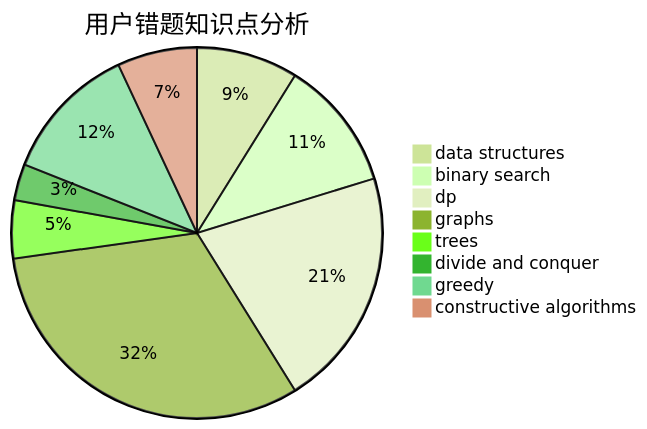
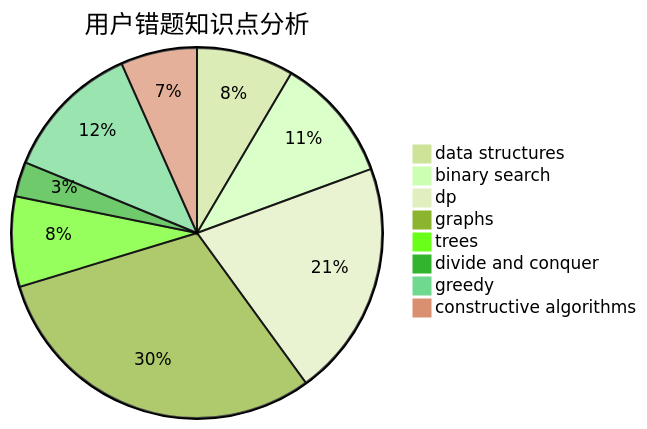
The third of 3 diagrams in docs/user/u873.md (sherpahu/cfrs.github.io), drawn with Mermaid (forest theme) before and after one commit. The commit also changed other lines of this file and 2770 other files, not shown here.

````diff
--- a/docs/user/u873.md
+++ b/docs/user/u873.md
@@ -36,11 +36,11 @@
 ```mermaid
 pie title 用户错题知识点分析
     "data structures" :  14
     "binary search" :  18
-    "dp" :  33
+    "dp" :  34
     "graphs" :  50
-    "trees" :  8
+    "trees" :  13
     "divide and conquer" :  5
-    "greedy" :  19
+    "greedy" :  20
     "constructive algorithms" :  11
 ```
````
